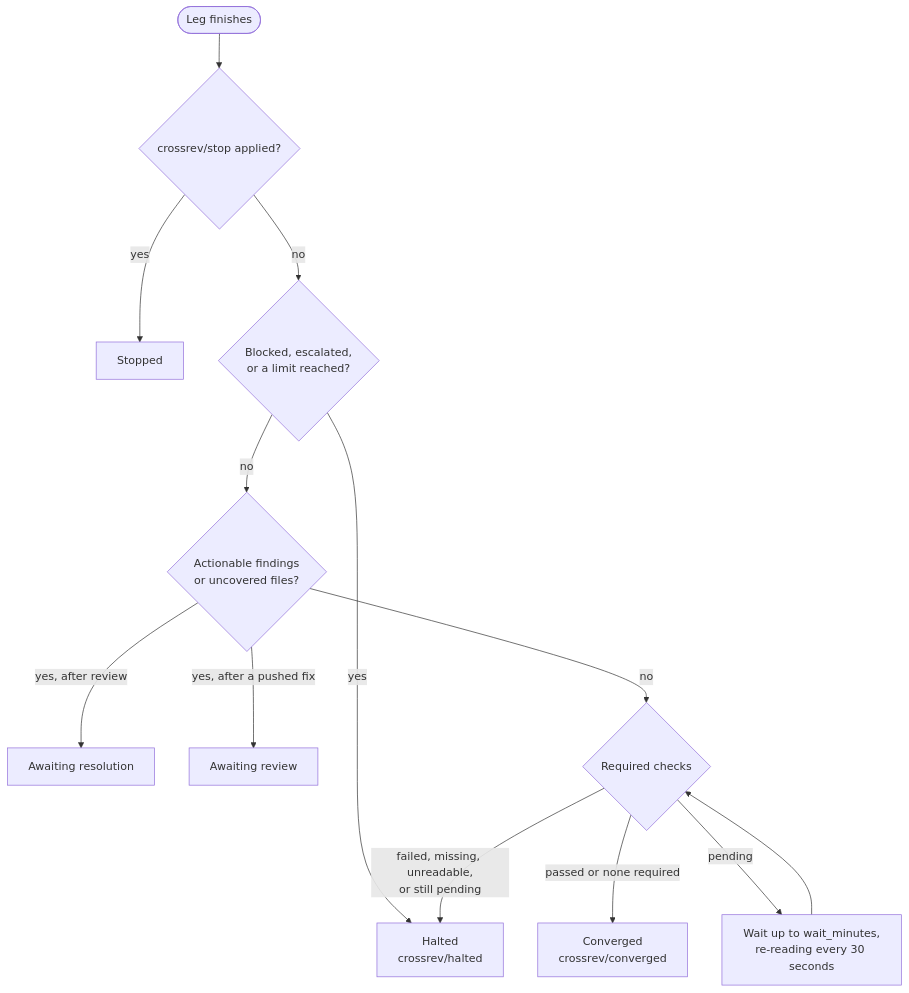
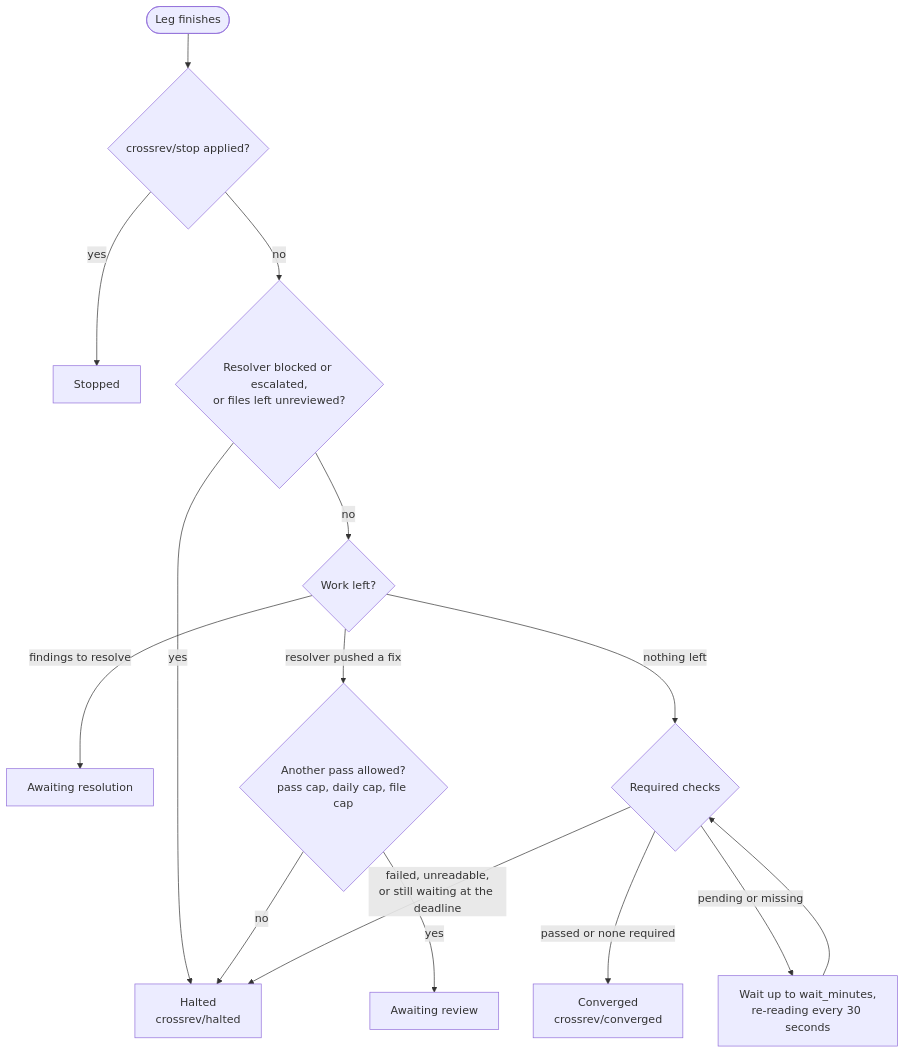
One commit to carlosboeing/crossrev changed the fourth of 7 diagrams in docs/architecture.md. Above: the diagram before and after it, drawn with Mermaid. The commit also changed other lines of this file, not shown here.

First line of the commit message:
docs(architecture): correct the flow, limits and gates the review found

````diff
--- a/docs/architecture.md
+++ b/docs/architecture.md
@@ -156,15 +164,17 @@
 ```mermaid
 flowchart TD
     start(["Leg finishes"]) --> stop{"crossrev/stop applied?"}
     stop -->|yes| stopped["Stopped"]
-    stop -->|no| blocked{"Blocked, escalated,<br/>or a limit reached?"}
+    stop -->|no| blocked{"Resolver blocked or escalated,<br/>or files left unreviewed?"}
     blocked -->|yes| halted["Halted<br/>crossrev/halted"]
-    blocked -->|no| work{"Actionable findings<br/>or uncovered files?"}
-    work -->|"yes, after review"| res["Awaiting resolution"]
-    work -->|"yes, after a pushed fix"| rev["Awaiting review"]
-    work -->|no| gate{"Required checks"}
+    blocked -->|no| work{"Work left?"}
+    work -->|"findings to resolve"| res["Awaiting resolution"]
+    work -->|"resolver pushed a fix"| more{"Another pass allowed?<br/>pass cap, daily cap, file cap"}
+    more -->|yes| rev["Awaiting review"]
+    more -->|no| halted
+    work -->|nothing left| gate{"Required checks"}
     gate -->|"passed or none required"| conv["Converged<br/>crossrev/converged"]
-    gate -->|pending| wait["Wait up to wait_minutes,<br/>re-reading every 30 seconds"]
+    gate -->|"pending or missing"| wait["Wait up to wait_minutes,<br/>re-reading every 30 seconds"]
     wait --> gate
-    gate -->|"failed, missing, unreadable,<br/>or still pending"| halted
+    gate -->|"failed, unreadable,<br/>or still waiting at the deadline"| halted
 ```
````
